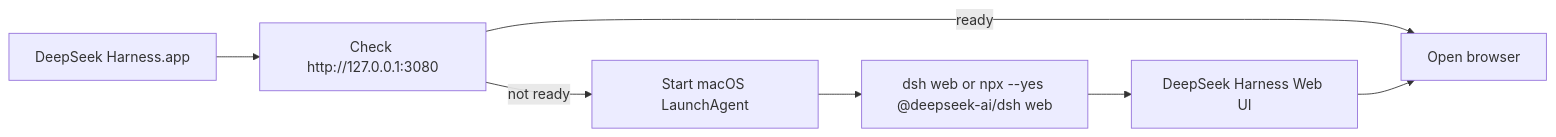
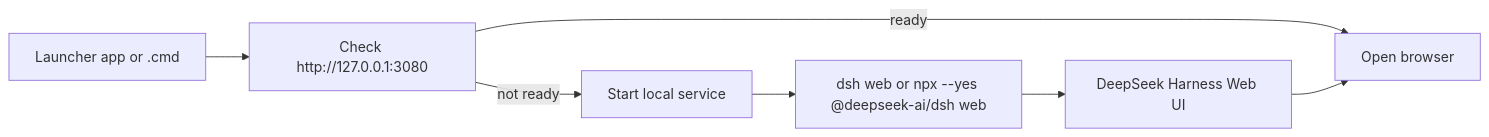
Before and after one commit to itsabk/dsh-web-launcher: the diagram in README.md, drawn with Mermaid. The commit also changed other lines of this file and 7 other files, not shown here.

````diff
--- a/README.md
+++ b/README.md
@@ -115,9 +152,9 @@
 ```mermaid
 flowchart LR
-  A["DeepSeek Harness.app"] --> B["Check http://127.0.0.1:3080"]
+  A["Launcher app or .cmd"] --> B["Check http://127.0.0.1:3080"]
   B -->|ready| C["Open browser"]
-  B -->|not ready| D["Start macOS LaunchAgent"]
+  B -->|not ready| D["Start local service"]
   D --> E["dsh web or npx --yes @deepseek-ai/dsh web"]
   E --> F["DeepSeek Harness Web UI"]
   F --> C
 ```
````
